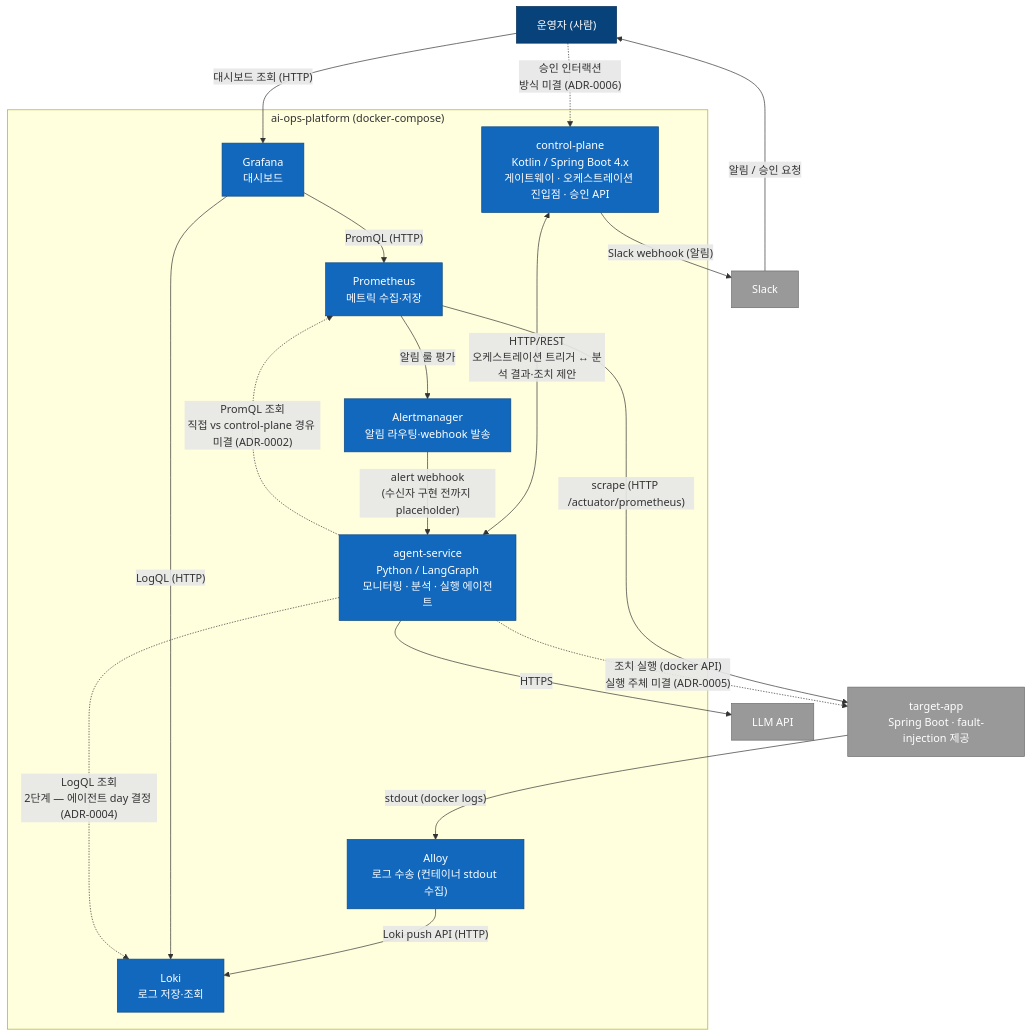
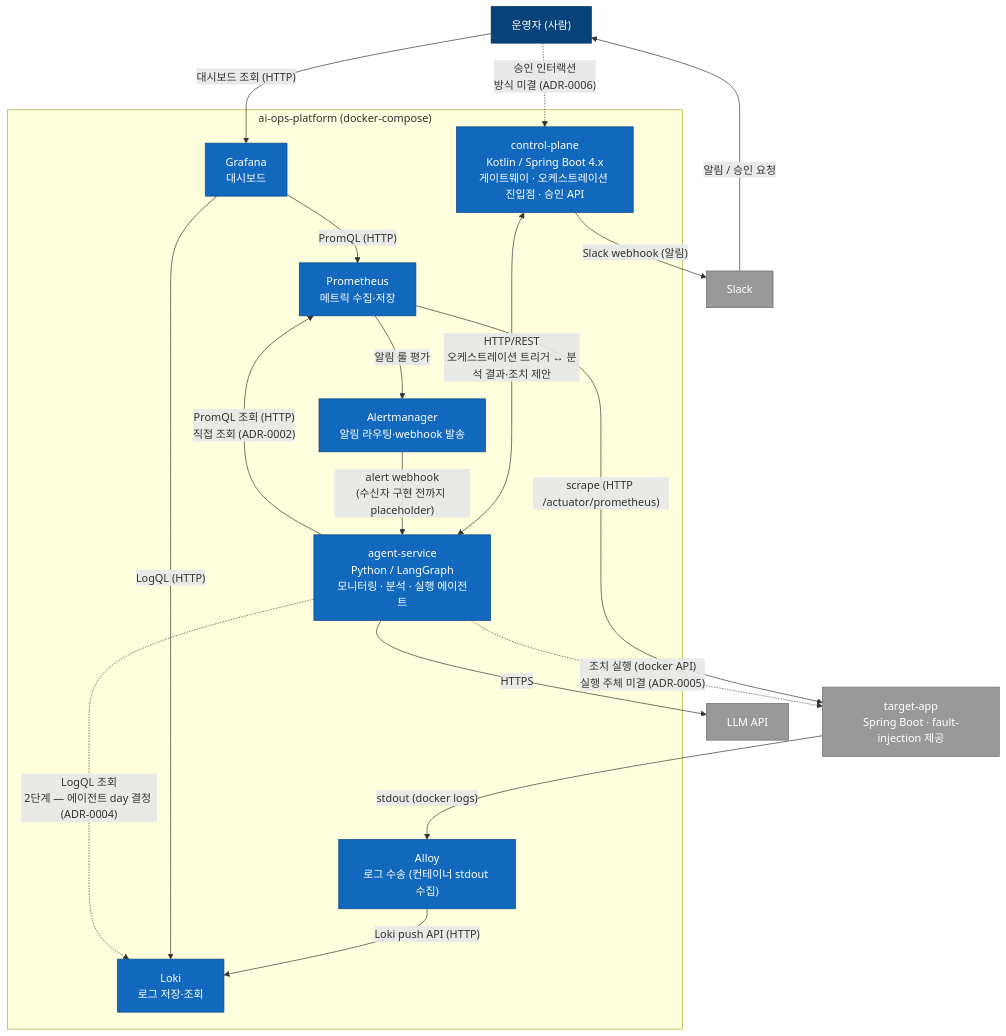
Before and after one commit to stillframe42/ai-ops-platform: the second of 2 diagrams in docs/architecture.md, drawn with Mermaid. The commit also changed other lines of this file and 4 other files, not shown here.

````diff
--- a/docs/architecture.md
+++ b/docs/architecture.md
@@ -36,44 +36,44 @@
 ```mermaid
 flowchart TB
     operator["운영자 (사람)"]
 
     subgraph platform["ai-ops-platform (docker-compose)"]
         cp["control-plane<br/>Kotlin / Spring Boot 4.x<br/>게이트웨이 · 오케스트레이션 진입점 · 승인 API"]
         agents["agent-service<br/>Python / LangGraph<br/>모니터링 · 분석 · 실행 에이전트"]
         prom["Prometheus<br/>메트릭 수집·저장"]
         graf["Grafana<br/>대시보드"]
         am["Alertmanager<br/>알림 라우팅·webhook 발송"]
         loki["Loki<br/>로그 저장·조회"]
         alloy["Alloy<br/>로그 수송 (컨테이너 stdout 수집)"]
     end
 
     target["target-app<br/>Spring Boot · fault-injection 제공"]
     slack["Slack"]
     llm["LLM API"]
 
     prom -->|"scrape (HTTP /actuator/prometheus)"| target
     graf -->|"PromQL (HTTP)"| prom
     operator -->|"대시보드 조회 (HTTP)"| graf
 
     cp <-->|"HTTP/REST<br/>오케스트레이션 트리거 ↔ 분석 결과·조치 제안"| agents
     agents -->|"HTTPS"| llm
     cp -->|"Slack webhook (알림)"| slack
     slack -->|"알림 / 승인 요청"| operator
     operator -.->|"승인 인터랙션<br/>방식 미결 (ADR-0006)"| cp
 
-    agents -.->|"PromQL 조회<br/>직접 vs control-plane 경유 미결 (ADR-0002)"| prom
+    agents -->|"PromQL 조회 (HTTP)<br/>직접 조회 (ADR-0002)"| prom
     prom -->|"알림 룰 평가"| am
     am -->|"alert webhook<br/>(수신자 구현 전까지 placeholder)"| agents
     target -->|"stdout (docker logs)"| alloy
     alloy -->|"Loki push API (HTTP)"| loki
     graf -->|"LogQL (HTTP)"| loki
     agents -.->|"LogQL 조회<br/>2단계 — 에이전트 day 결정 (ADR-0004)"| loki
     agents -.->|"조치 실행 (docker API)<br/>실행 주체 미결 (ADR-0005)"| target
 
     classDef person fill:#08427b,color:#fff,stroke:#052e56
     classDef container fill:#1168bd,color:#fff,stroke:#0b4884
     classDef external fill:#999,color:#fff,stroke:#6b6b6b
     class operator person
     class cp,agents,prom,graf,am,loki,alloy container
     class target,slack,llm external
 ```
````
